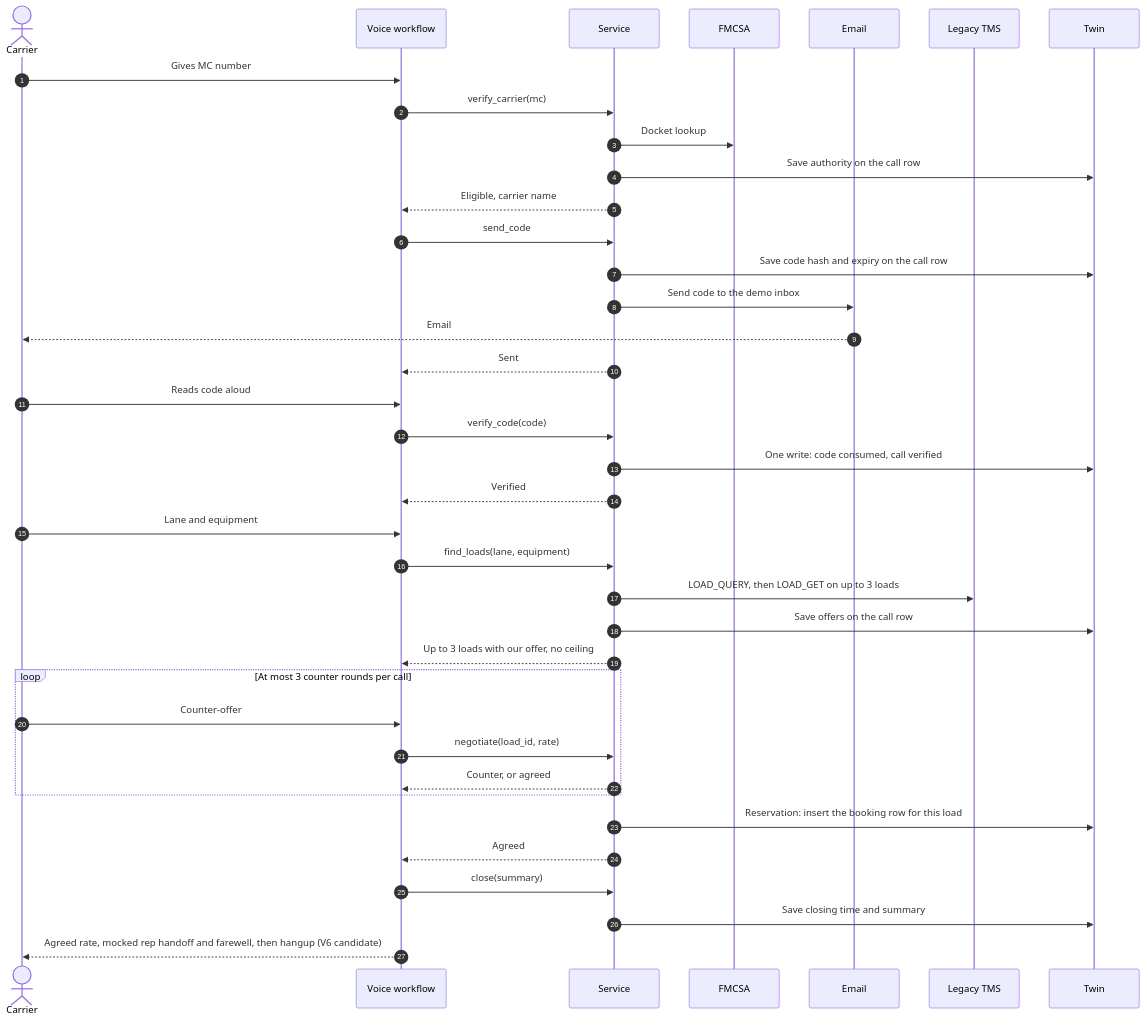
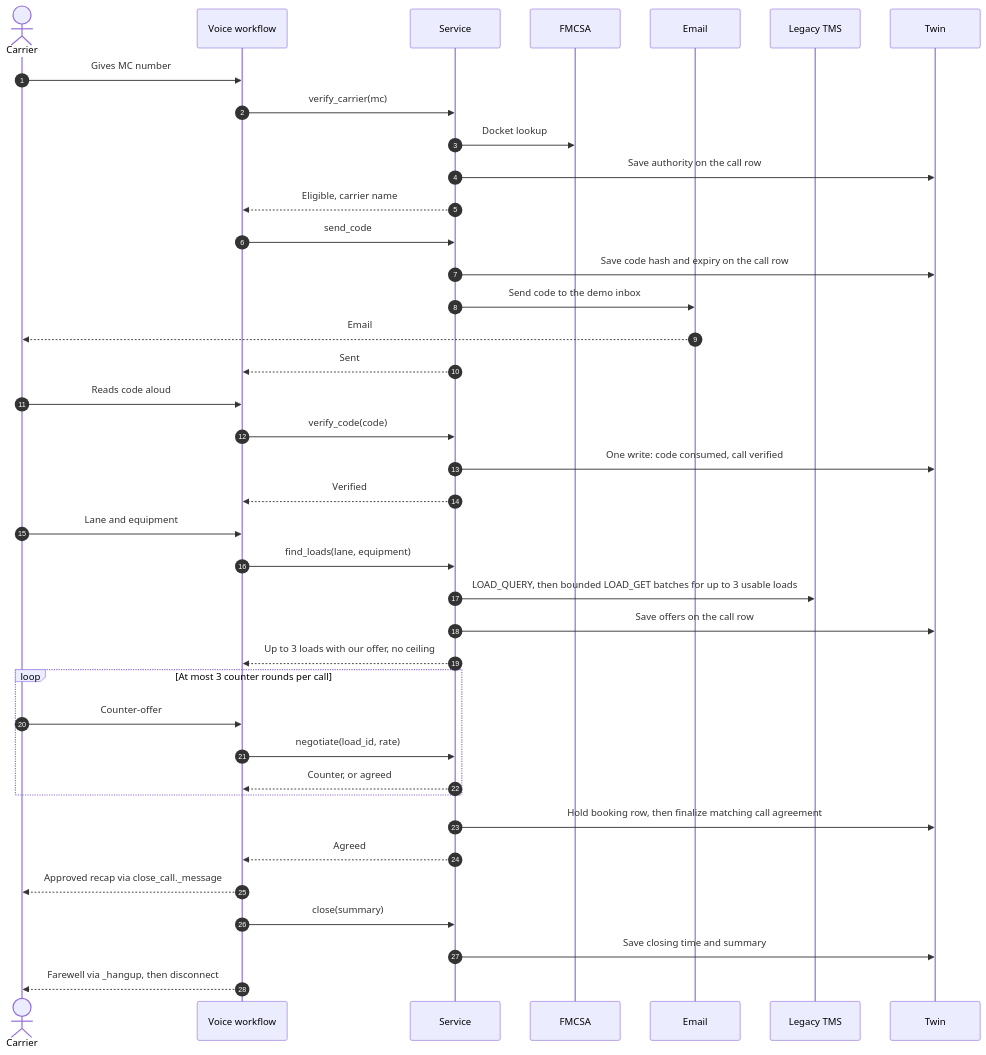
One commit to sgon0181/happyrobot-inbound-carrier-sales changed the second of 4 diagrams in ARCHITECTURE.md. Above: the diagram before and after it, drawn with Mermaid. The commit also changed other lines of this file and 18 other files, not shown here.

First line of the commit message:
Consolidate current architecture and proposal decisions

````diff
--- a/ARCHITECTURE.md
+++ b/ARCHITECTURE.md
@@ -86,45 +86,46 @@
 ```mermaid
 sequenceDiagram
     autonumber
     actor C as Carrier
     participant A as Voice workflow
     participant S as Service
     participant F as FMCSA
     participant N as Email
     participant T as Legacy TMS
     participant D as Twin
 
     C->>A: Gives MC number
     A->>S: verify_carrier(mc)
     S->>F: Docket lookup
     S->>D: Save authority on the call row
     S-->>A: Eligible, carrier name
 
     A->>S: send_code
     S->>D: Save code hash and expiry on the call row
     S->>N: Send code to the demo inbox
     N-->>C: Email
     S-->>A: Sent
     C->>A: Reads code aloud
     A->>S: verify_code(code)
     S->>D: One write: code consumed, call verified
     S-->>A: Verified
 
     C->>A: Lane and equipment
     A->>S: find_loads(lane, equipment)
-    S->>T: LOAD_QUERY, then LOAD_GET on up to 3 loads
+    S->>T: LOAD_QUERY, then bounded LOAD_GET batches for up to 3 usable loads
     S->>D: Save offers on the call row
     S-->>A: Up to 3 loads with our offer, no ceiling
 
     loop At most 3 counter rounds per call
         C->>A: Counter-offer
         A->>S: negotiate(load_id, rate)
         S-->>A: Counter, or agreed
     end
 
-    S->>D: Reservation: insert the booking row for this load
+    S->>D: Hold booking row, then finalize matching call agreement
     S-->>A: Agreed
+    A-->>C: Approved recap via close_call._message
     A->>S: close(summary)
     S->>D: Save closing time and summary
-    A-->>C: Agreed rate, mocked rep handoff and farewell, then hangup (V6 candidate)
+    A-->>C: Farewell via _hangup, then disconnect
 ```
````
